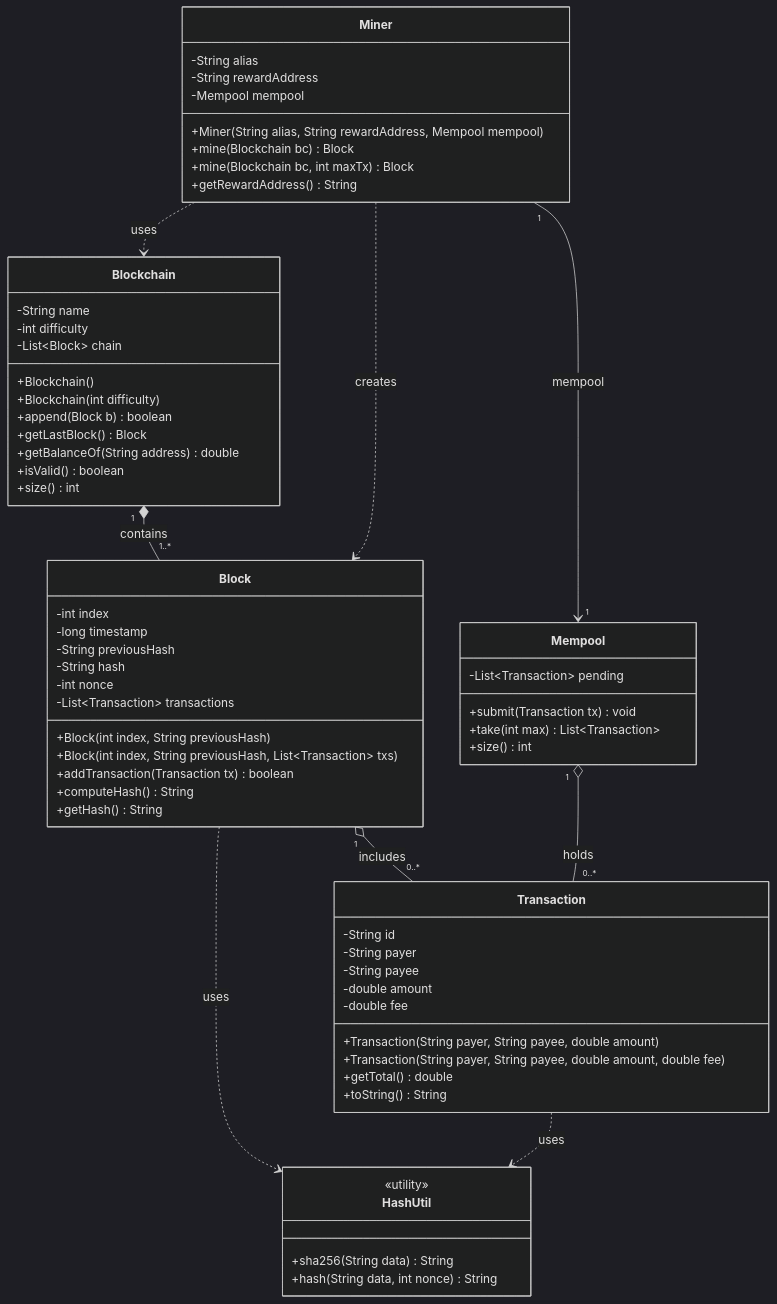
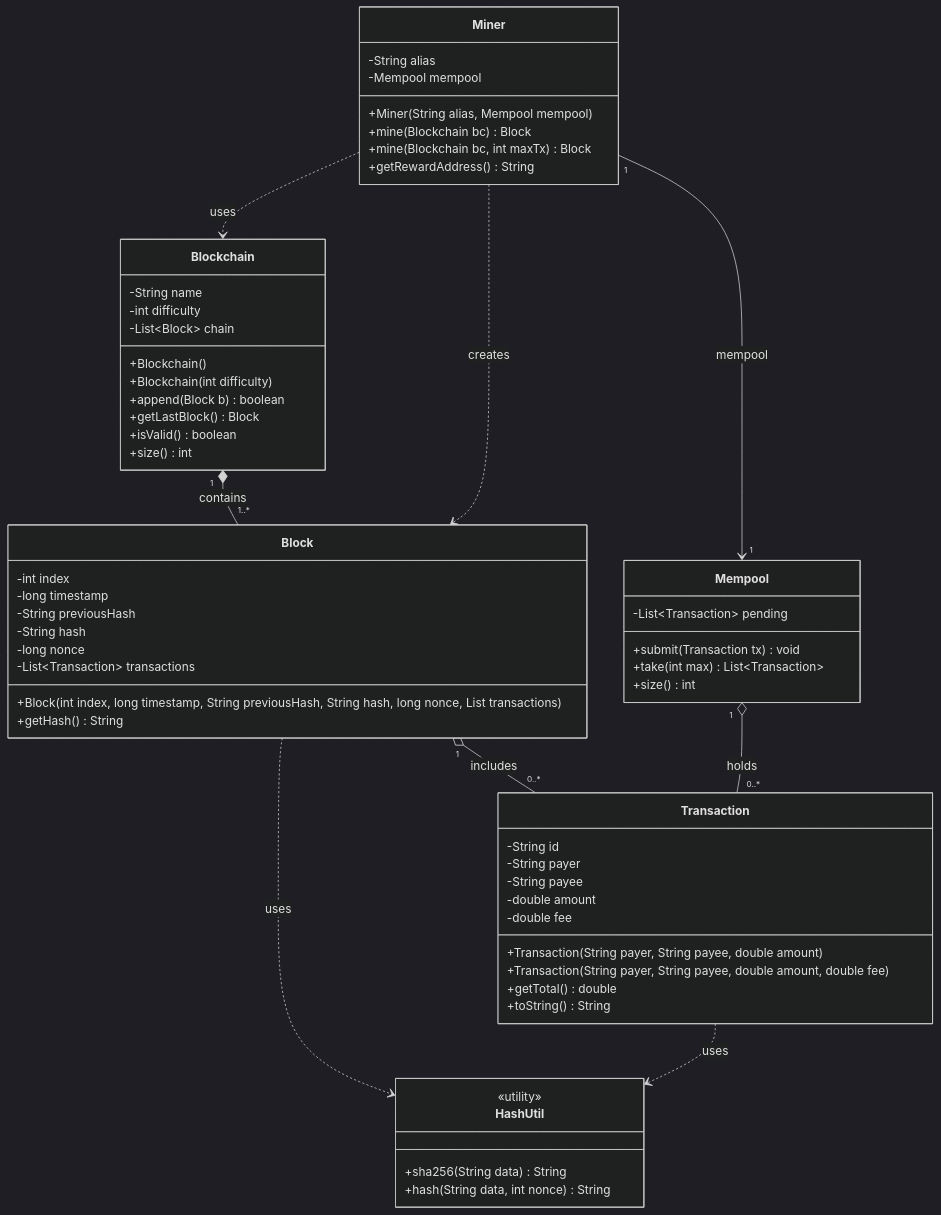
One commit to sebdeveloper6952/cc2008-week3-excercise changed the diagram in README.md. Above: the diagram before and after it, drawn with Mermaid (dark theme). The commit also changed other lines of this file, not shown here.

Commit message:
update class diagram

````diff
--- a/README.md
+++ b/README.md
@@ -24,67 +24,62 @@
 ```mermaid
 classDiagram
 class Transaction {
   -String id
   -String payer
   -String payee
   -double amount
   -double fee
   +Transaction(String payer, String payee, double amount)
   +Transaction(String payer, String payee, double amount, double fee)
   +getTotal() double
   +toString() String
 }
 class Mempool {
   -List~Transaction~ pending
   +submit(Transaction tx) void
   +take(int max) List~Transaction~
   +size() int
 }
 class Block {
   -int index
   -long timestamp
   -String previousHash
   -String hash
-  -int nonce
+  -long nonce
   -List~Transaction~ transactions
-  +Block(int index, String previousHash)
-  +Block(int index, String previousHash, List~Transaction~ txs)
-  +addTransaction(Transaction tx) boolean
-  +computeHash() String
+  +Block(int index, long timestamp, String previousHash, String hash, long nonce, List<Transaction> transactions)
   +getHash() String
 }
 class Blockchain {
   -String name
   -int difficulty
   -List~Block~ chain
   +Blockchain()
   +Blockchain(int difficulty)
   +append(Block b) boolean
   +getLastBlock() Block
-  +getBalanceOf(String address) double
   +isValid() boolean
   +size() int
 }
 class Miner {
   -String alias
-  -String rewardAddress
   -Mempool mempool
-  +Miner(String alias, String rewardAddress, Mempool mempool)
+  +Miner(String alias, Mempool mempool)
   +mine(Blockchain bc) Block
   +mine(Blockchain bc, int maxTx) Block
   +getRewardAddress() String
 }
 class HashUtil {
   <<utility>>
   +sha256(String data) String
   +hash(String data, int nonce) String
 }
 Blockchain "1" *-- "1..*" Block : contains
 Block "1" o-- "0..*" Transaction : includes
 Mempool "1" o-- "0..*" Transaction : holds
 Miner "1" --> "1" Mempool : mempool
 Miner ..> Blockchain : uses
 Miner ..> Block : creates
 Block ..> HashUtil : uses
 Transaction ..> HashUtil : uses
 ```
````
